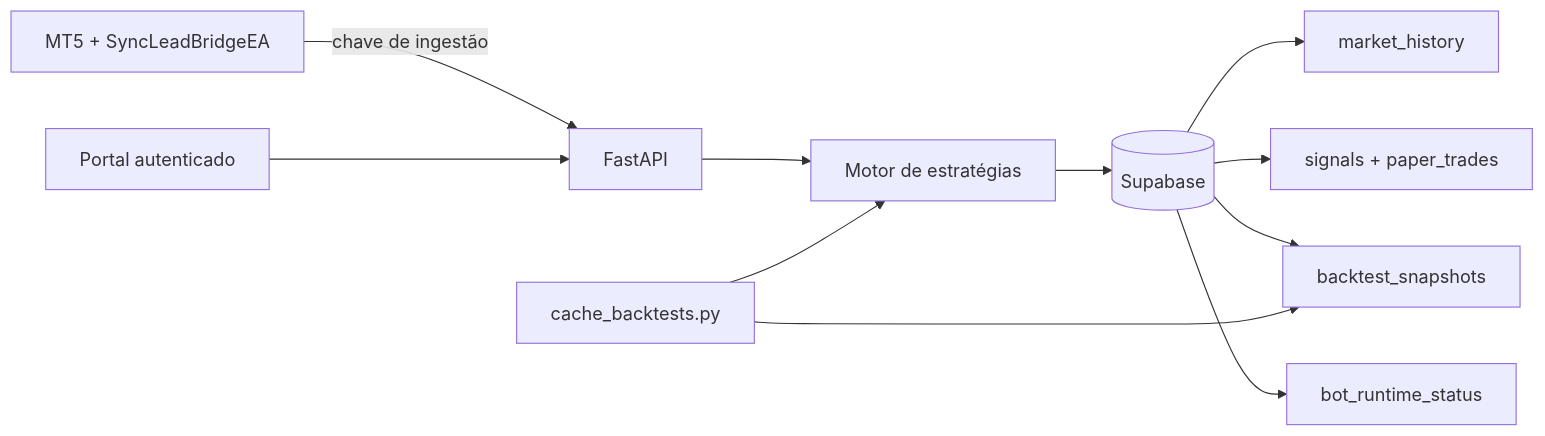
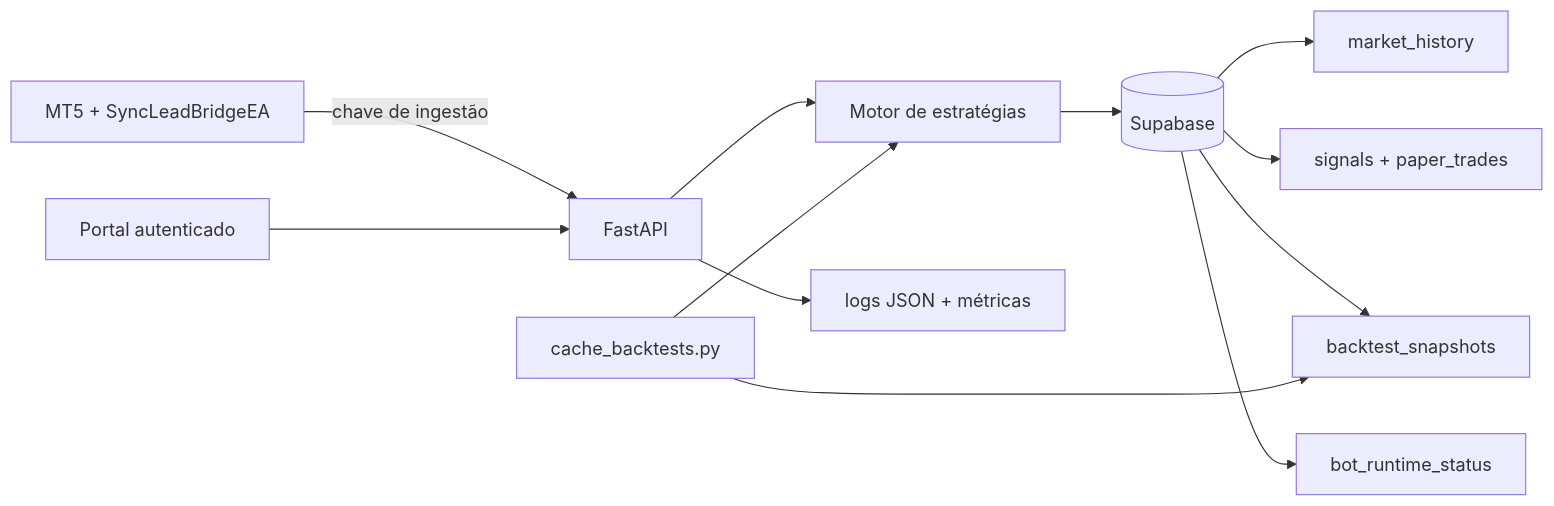
One commit to 6uilhermeTeixeira/5lotus changed the diagram in docs/architecture.md. Above: the diagram before and after it, drawn with Mermaid. The commit also changed other lines of this file and 198 other files, not shown here.

````diff
--- a/docs/architecture.md
+++ b/docs/architecture.md
@@ -13,13 +13,14 @@
 ```mermaid
 flowchart LR
   MT5[MT5 + SyncLeadBridgeEA] -->|chave de ingestão| API[FastAPI]
   API --> Engine[Motor de estratégias]
+  API --> Telemetry[logs JSON + métricas]
   Engine --> DB[(Supabase)]
   DB --> History[market_history]
   DB --> Paper[signals + paper_trades]
   DB --> Cache[backtest_snapshots]
   DB --> Ops[bot_runtime_status]
   Portal[Portal autenticado] --> API
   Job[cache_backtests.py] --> Engine
   Job --> Cache
 ```
````
